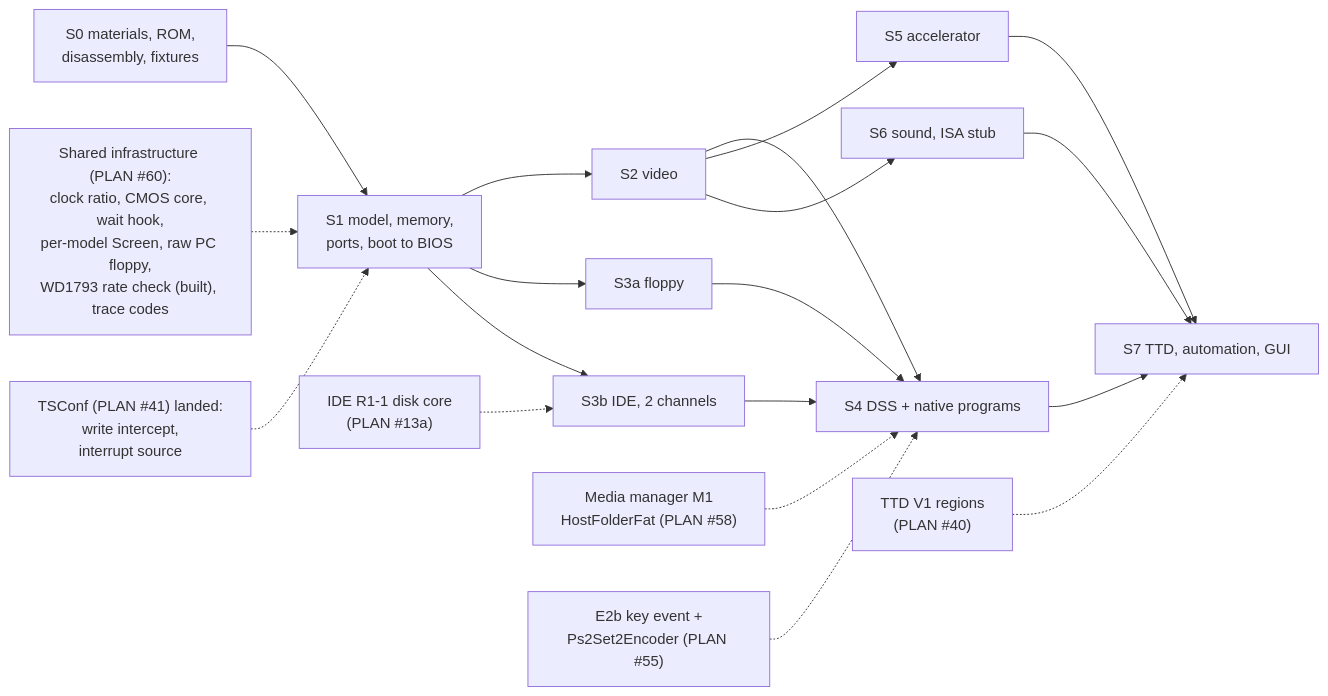
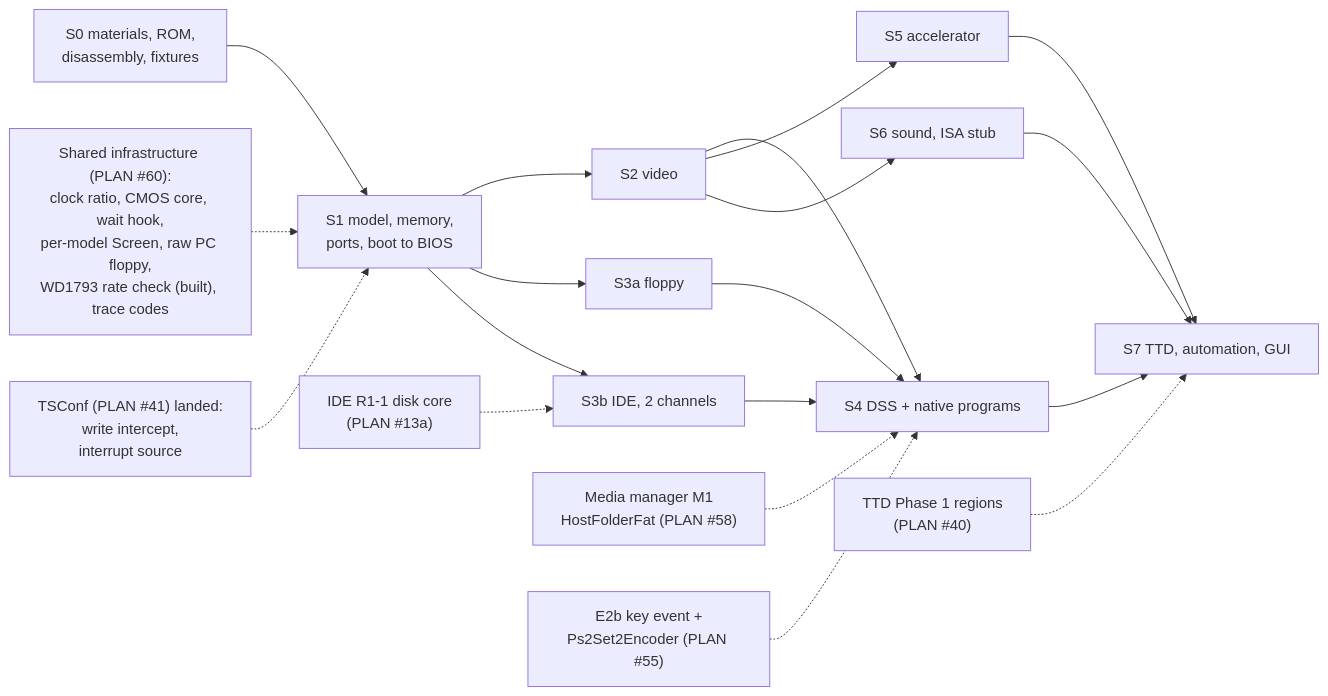
One commit to alfishe/unreal-ng changed the diagram in docs/inprogress/2026-09-28-sprinter/roadmap-and-plan.md. Above: the diagram before and after it, drawn with Mermaid. The commit also changed other lines of this file and 49 other files, not shown here.

First line of the commit message:
docs(ttd): v2 migration roadmap by phases and steps; Phase 1 technical design (PLAN #40)

````diff
--- a/docs/inprogress/2026-09-28-sprinter/roadmap-and-plan.md
+++ b/docs/inprogress/2026-09-28-sprinter/roadmap-and-plan.md
@@ -12,21 +12,21 @@
 ```mermaid
 flowchart LR
     S0["S0 materials, ROM,<br/>disassembly, fixtures"] --> S1["S1 model, memory,<br/>ports, boot to BIOS"]
     SH["Shared infrastructure (PLAN #60):<br/>clock ratio, CMOS core, wait hook,<br/>per-model Screen, raw PC floppy,<br/>WD1793 rate check (built), trace codes"] -.-> S1
     TS["TSConf (PLAN #41) landed:<br/>write intercept,<br/>interrupt source"] -.-> S1
     S1 --> S2["S2 video"]
     S1 --> S3a["S3a floppy"]
     S2 --> S4["S4 DSS + native programs"]
     S3a --> S4
     IDE1["IDE R1-1 disk core<br/>(PLAN #13a)"] -.-> S3b["S3b IDE, 2 channels"]
     S1 --> S3b
     S3b --> S4
     MM1["Media manager M1<br/>HostFolderFat (PLAN #58)"] -.-> S4
     E2B["E2b key event +<br/>Ps2Set2Encoder (PLAN #55)"] -.-> S4
     S2 --> S5["S5 accelerator"]
     S2 --> S6["S6 sound, ISA stub"]
     S4 --> S7["S7 TTD, automation, GUI"]
     S5 --> S7
     S6 --> S7
-    V1["TTD V1 regions<br/>(PLAN #40)"] -.-> S7
+    V1["TTD Phase 1 regions<br/>(PLAN #40)"] -.-> S7
 ```
````
